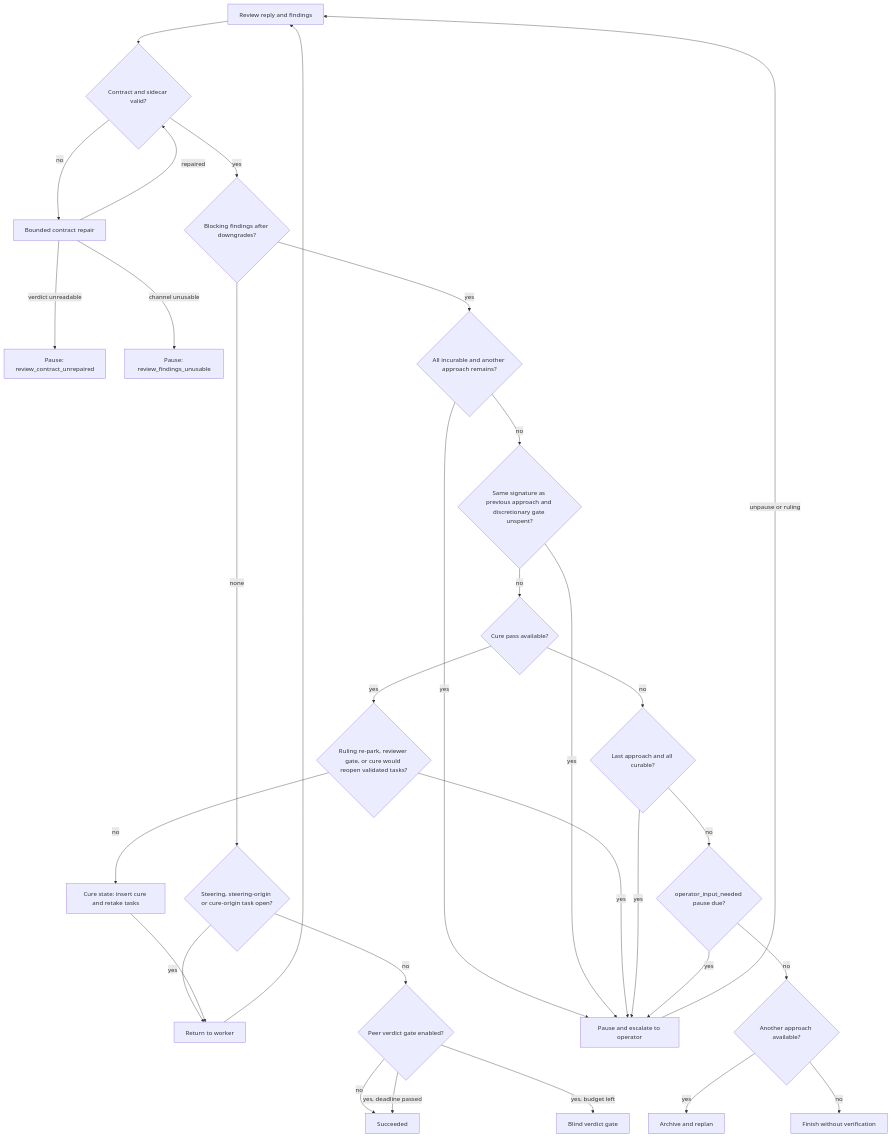
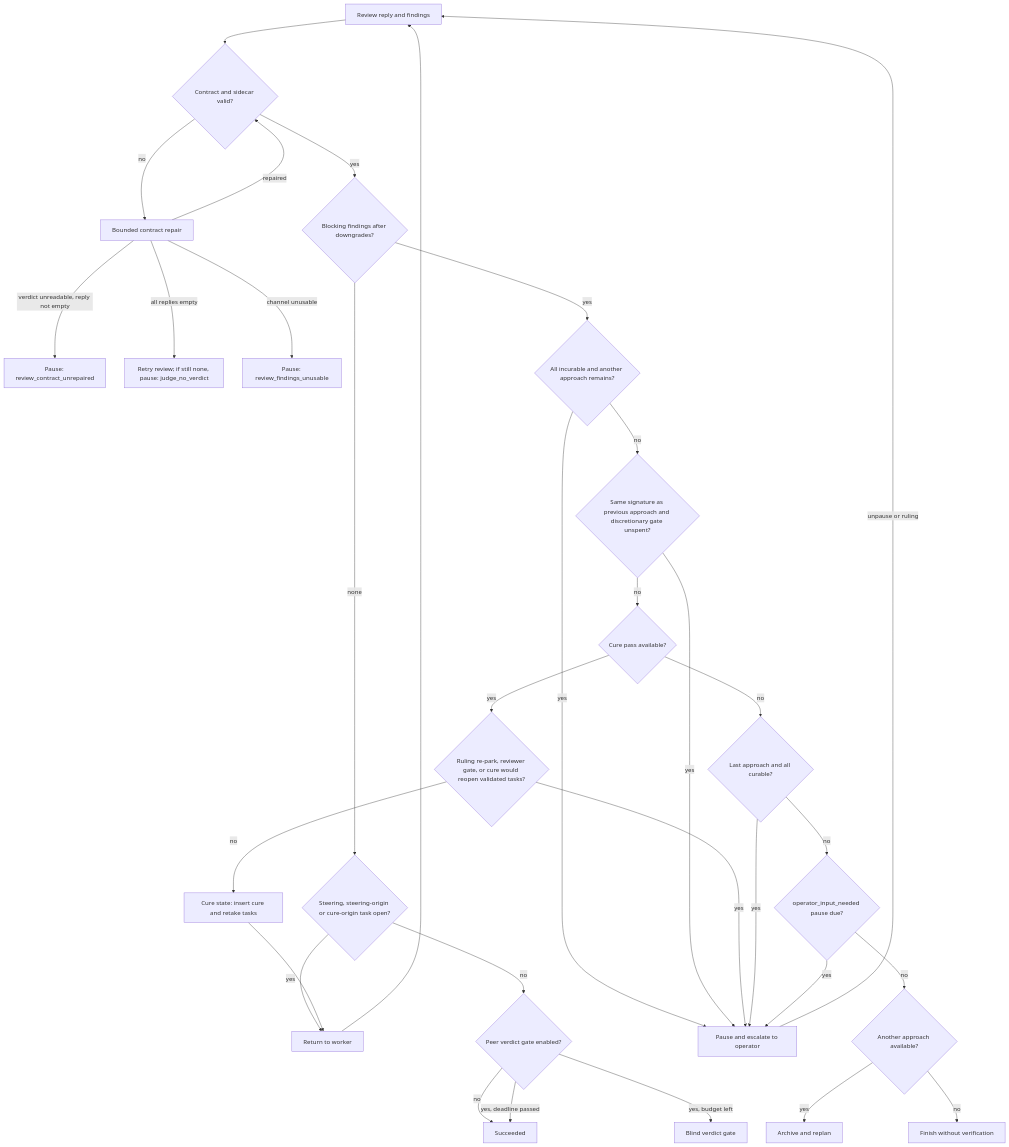
Before and after one commit to n-orlov/ralphd: the fifth of 10 diagrams in docs/solution-tech-spec.md, drawn with Mermaid. The commit also changed other lines of this file and 2 other files, not shown here.

First line of the commit message:
docs: tech spec routes empty review replies to retry and judge_no_verdict, not review_contract_unrepaired (#300)

````diff
--- a/docs/solution-tech-spec.md
+++ b/docs/solution-tech-spec.md
@@ -700,33 +710,34 @@
 ```mermaid
 flowchart TD
     Result["Review reply and findings"] --> Ladder{"Contract and sidecar valid?"}
     Ladder -->|no| Repair["Bounded contract repair"]
     Repair -->|repaired| Ladder
-    Repair -->|verdict unreadable| HoldU["Pause: review_contract_unrepaired"]
+    Repair -->|verdict unreadable, reply not empty| HoldU["Pause: review_contract_unrepaired"]
+    Repair -->|all replies empty| Retry["Retry review; if still none, pause: judge_no_verdict"]
     Repair -->|channel unusable| HoldF["Pause: review_findings_unusable"]
     Ladder -->|yes| Blocking{"Blocking findings after downgrades?"}
     Blocking -->|none| Pending{"Steering, steering-origin or cure-origin task open?"}
     Pending -->|yes| Work["Return to worker"]
     Pending -->|no| Gate{"Peer verdict gate enabled?"}
     Gate -->|no| Finish["Succeeded"]
     Gate -->|yes, budget left| Peer["Blind verdict gate"]
     Gate -->|yes, deadline passed| Finish
     Blocking -->|yes| Incurable{"All incurable and another approach remains?"}
     Incurable -->|yes| Pause["Pause and escalate to operator"]
     Incurable -->|no| Repeat{"Same signature as previous approach and discretionary gate unspent?"}
     Repeat -->|yes| Pause
     Repeat -->|no| Curable{"Cure pass available?"}
     Curable -->|yes| OpGate{"Ruling re-park, reviewer gate, or cure would reopen validated tasks?"}
     OpGate -->|yes| Pause
     OpGate -->|no| Cure["Cure state: insert cure and retake tasks"]
     Cure --> Work
     Curable -->|no| Last{"Last approach and all curable?"}
     Last -->|yes| Pause
     Last -->|no| Input{"operator_input_needed pause due?"}
     Input -->|yes| Pause
     Input -->|no| Remaining{"Another approach available?"}
     Remaining -->|yes| Replan["Archive and replan"]
     Remaining -->|no| Failed["Finish without verification"]
     Work --> Result
     Pause -->|unpause or ruling| Result
 ```
````
